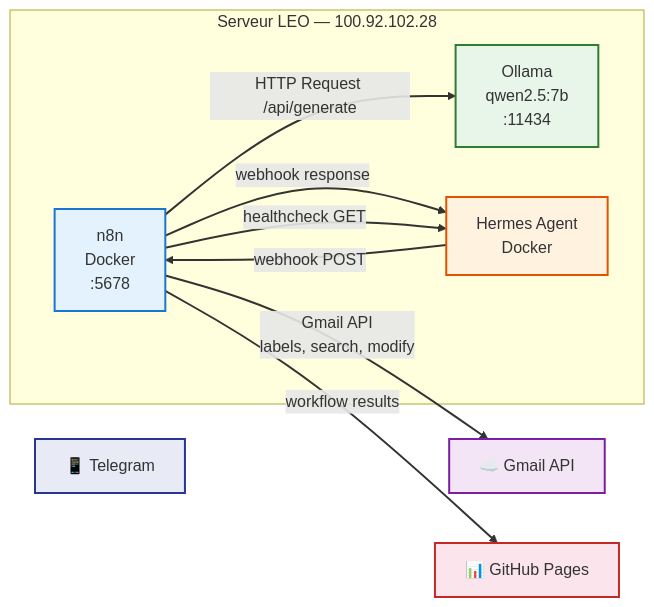
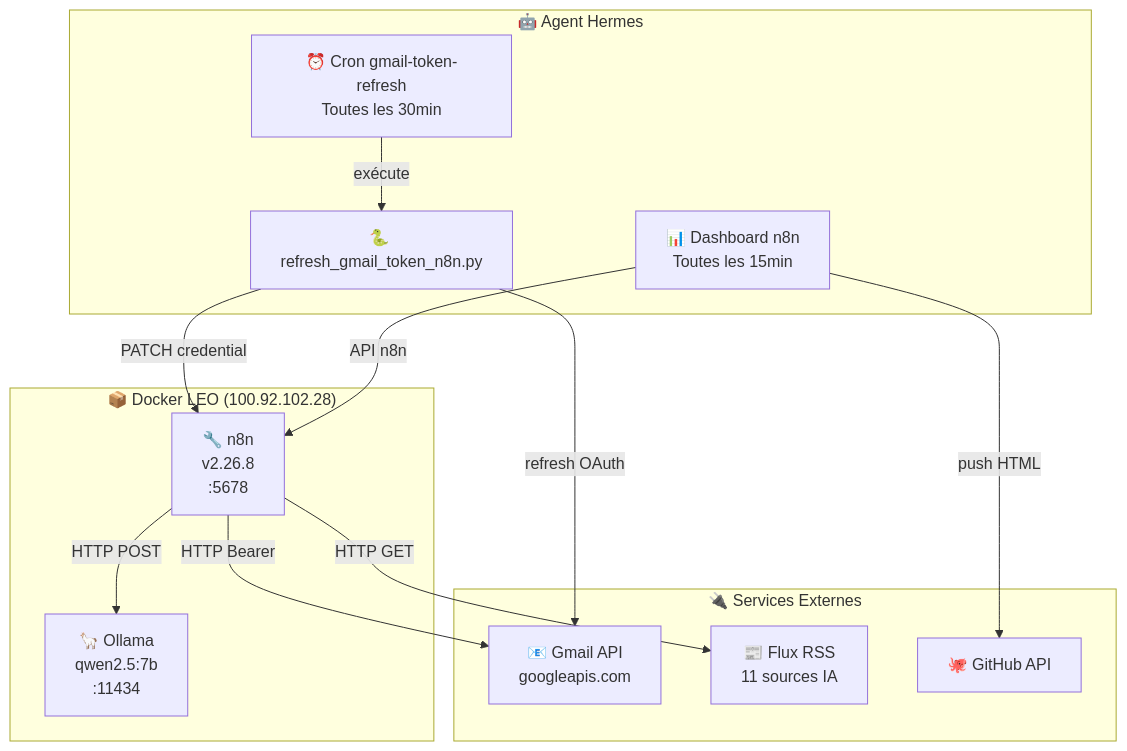
The diagram in docs/hermes/services/n8n.md (christophedanhier-hash/hermes-wiki), drawn with Mermaid before and after one commit. The commit also changed other lines of this file, not shown here.

Commit message:
📝 Màj doc n8n : workflows, credentials, refresh token, leçons apprises

````diff
--- a/docs/hermes/services/n8n.md
+++ b/docs/hermes/services/n8n.md
@@ -21,27 +19,28 @@
 ```mermaid
-flowchart LR
-    subgraph LEO["Serveur LEO — 100.92.102.28"]
-        n8n["n8n<br/>Docker<br/>:5678"]
-        Ollama["Ollama<br/>qwen2.5:7b<br/>:11434"]
-        Hermes["Hermes Agent<br/>Docker"]
+graph TB
+    subgraph "📦 Docker LEO (100.92.102.28)"
+        N8N["🔧 n8n<br/>v2.26.8<br/>:5678"]
+        OLLAMA["🦙 Ollama<br/>qwen2.5:7b<br/>:11434"]
     end
 
-    Gmail["☁️ Gmail API"]
-    Telegram["📱 Telegram"]
-    Dashboards["📊 GitHub Pages"]
+    subgraph "🤖 Agent Hermes"
+        CRON["⏰ Cron gmail-token-refresh<br/>Toutes les 30min"]
+        DASH["📊 Dashboard n8n<br/>Toutes les 15min"]
+        SCRIPT["🐍 refresh_gmail_token_n8n.py"]
+    end
 
-    n8n -->|"HTTP Request /api/generate"| Ollama
-    n8n -->|"Gmail API<br/>labels, search, modify"| Gmail
-    Hermes -->|"webhook POST"| n8n
-    n8n -->|"webhook response"| Hermes
-    n8n -->|"healthcheck GET"| Hermes
-    n8n -->|"workflow results"| Dashboards
+    subgraph "🔌 Services Externes"
+        GMAIL["📧 Gmail API<br/>googleapis.com"]
+        RSS["📰 Flux RSS<br/>11 sources IA"]
+        GH["🐙 GitHub API"]
+    end
 
-    style n8n fill:#e3f2fd,stroke:#1976d2,stroke-width:2px
-    style Ollama fill:#e8f5e9,stroke:#2e7d32,stroke-width:2px
-    style Hermes fill:#fff3e0,stroke:#e65100,stroke-width:2px
-    style Gmail fill:#f3e5f5,stroke:#7b1fa2,stroke-width:2px
-    style Telegram fill:#e8eaf6,stroke:#283593,stroke-width:2px
-    style Dashboards fill:#fce4ec,stroke:#c62828,stroke-width:2px
-    linkStyle default stroke-width:2px,fill:none
+    N8N -->|HTTP POST| OLLAMA
+    N8N -->|HTTP Bearer| GMAIL
+    N8N -->|HTTP GET| RSS
+    CRON -->|exécute| SCRIPT
+    SCRIPT -->|PATCH credential| N8N
+    SCRIPT -->|refresh OAuth| GMAIL
+    DASH -->|API n8n| N8N
+    DASH -->|push HTML| GH
 ```
````
